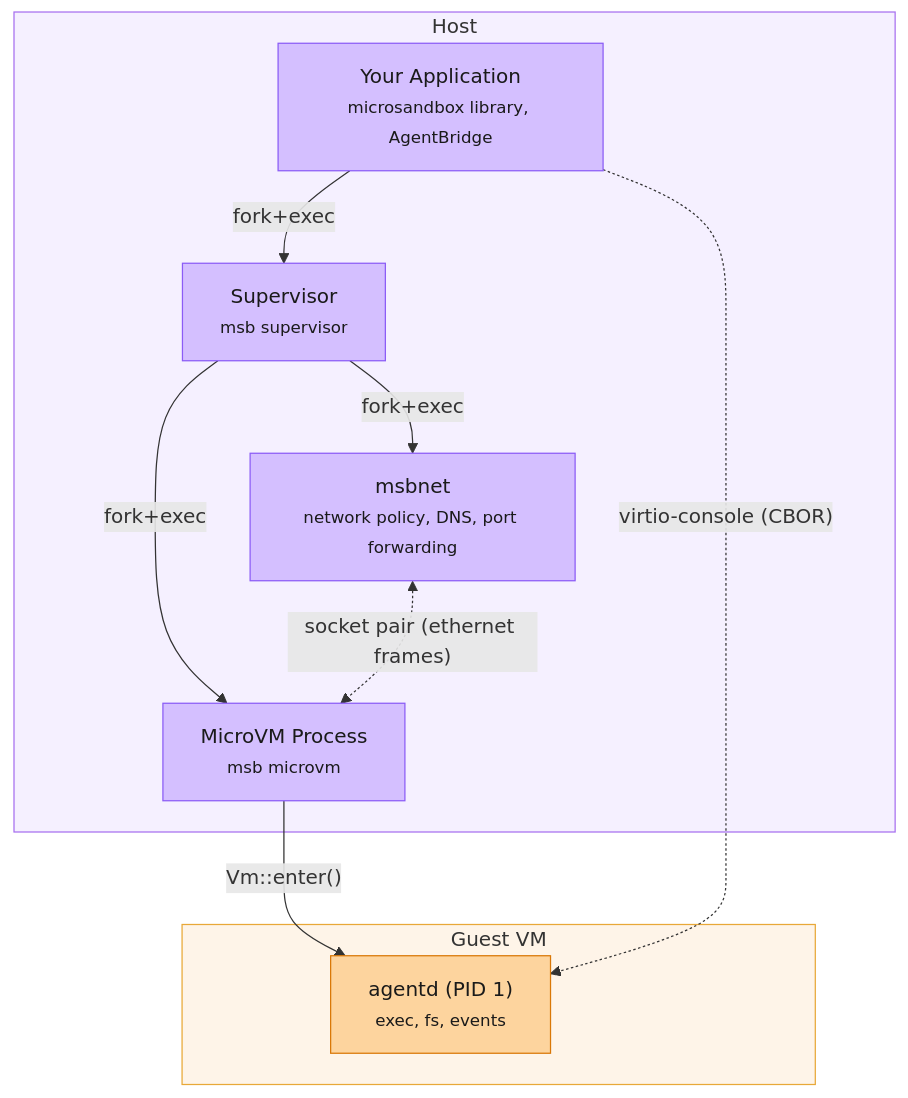
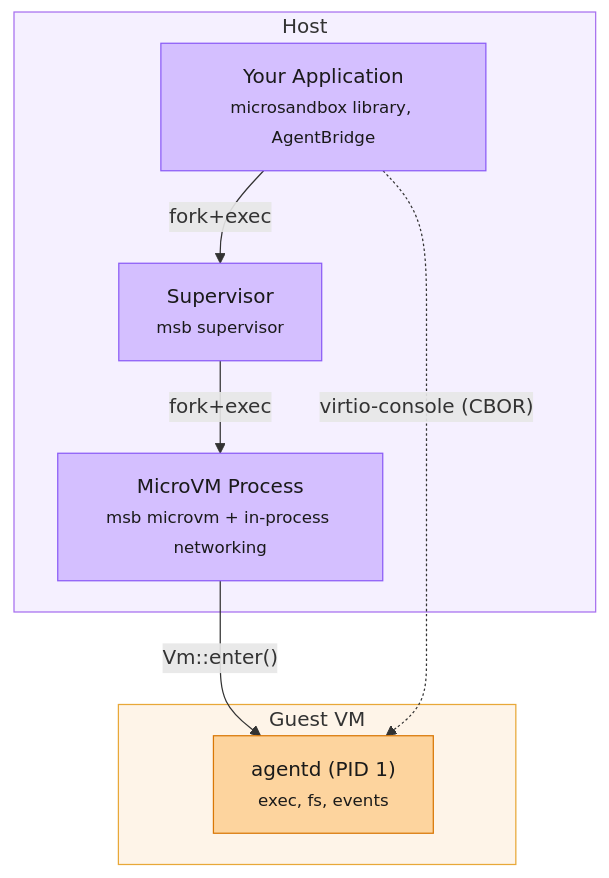
Before and after one commit to superradcompany/microsandbox: the second of 2 diagrams in docs/sandboxes/lifecycle.mdx, drawn with Mermaid. The commit also changed other lines of this file and 59 other files, not shown here.

First line of the commit message:
refactor(network): remove msbnet process-based networking stack

````diff
--- a/docs/sandboxes/lifecycle.mdx
+++ b/docs/sandboxes/lifecycle.mdx
@@ -210,28 +210,24 @@
 ```mermaid
 graph TD
     subgraph Host["Host"]
         A["Your Application<br/><small>microsandbox library, AgentBridge</small>"]
         B["Supervisor<br/><small>msb supervisor</small>"]
-        C["msbnet<br/><small>network policy, DNS, port forwarding</small>"]
-        D["MicroVM Process<br/><small>msb microvm</small>"]
+        D["MicroVM Process<br/><small>msb microvm + in-process networking</small>"]
     end
 
     subgraph Guest["Guest VM"]
         F["agentd (PID 1)<br/><small>exec, fs, events</small>"]
     end
 
     A -- "fork+exec" --> B
-    B -- "fork+exec" --> C
     B -- "fork+exec" --> D
     D -- "Vm::enter()" --> F
     A -. "virtio-console (CBOR)" .-> F
-    C <-. "socket pair (ethernet frames)" .-> D
 
     style Host fill:#f5f0ff,stroke:#a770ef,color:#333
     style Guest fill:#fef4e8,stroke:#e8a838,color:#333
     style A fill:#d4bfff,stroke:#8b5cf6,color:#1a1a1a
     style B fill:#d4bfff,stroke:#8b5cf6,color:#1a1a1a
-    style C fill:#d4bfff,stroke:#8b5cf6,color:#1a1a1a
     style D fill:#d4bfff,stroke:#8b5cf6,color:#1a1a1a
     style F fill:#fdd49e,stroke:#d97706,color:#1a1a1a
 ```
````
